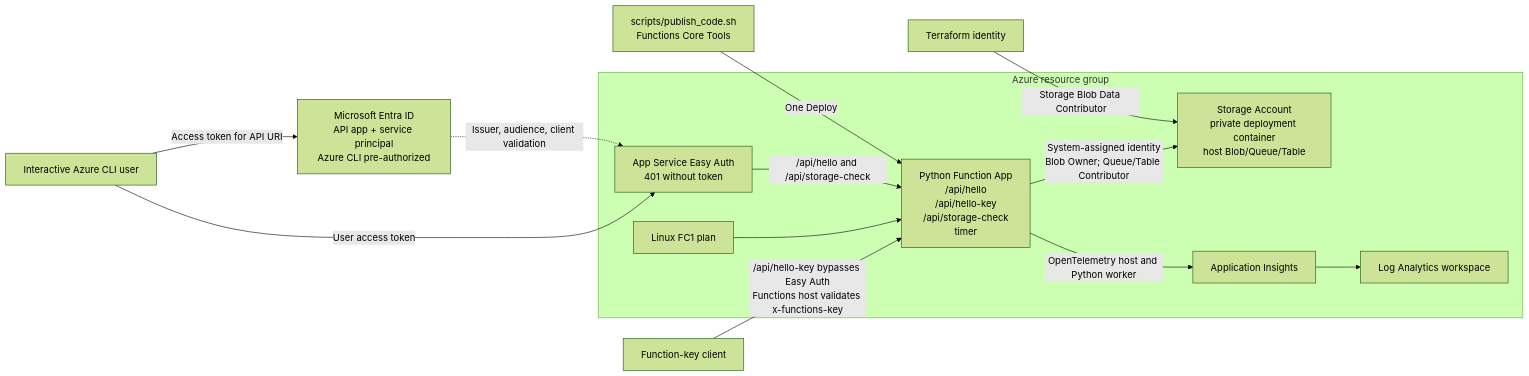
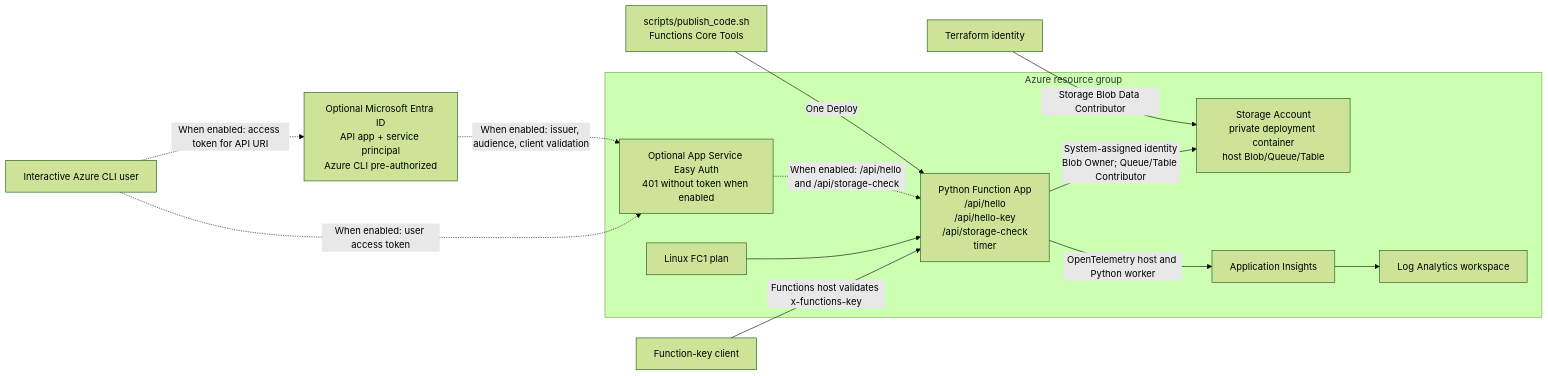
Before and after one commit to ks6088ts/template-terraform: the diagram in infra/scenarios/azure_functions_flex_consumption/README.md, drawn with Mermaid (forest theme). The commit also changed other lines of this file and 11 other files, not shown here.

First line of the commit message:
feat: Add optional Microsoft Entra authentication for Azure Functions Flex Consumption

````diff
--- a/infra/scenarios/azure_functions_flex_consumption/README.md
+++ b/infra/scenarios/azure_functions_flex_consumption/README.md
@@ -11,17 +11,17 @@
 ```mermaid
 flowchart LR
-  User["Interactive Azure CLI user"] -->|Access token for API URI| Entra["Microsoft Entra ID<br/>API app + service principal<br/>Azure CLI pre-authorized"]
-  User -->|User access token| Auth
-  Entra -.->|Issuer, audience, client validation| Auth
-  Key["Function-key client"] -->|/api/hello-key bypasses Easy Auth<br/>Functions host validates x-functions-key| App
+  User["Interactive Azure CLI user"] -.->|When enabled: access token for API URI| Entra["Optional Microsoft Entra ID<br/>API app + service principal<br/>Azure CLI pre-authorized"]
+  User -.->|When enabled: user access token| Auth
+  Entra -.->|When enabled: issuer, audience, client validation| Auth
+  Key["Function-key client"] -->|Functions host validates x-functions-key| App
   subgraph RG["Azure resource group"]
-    Auth["App Service Easy Auth<br/>401 without token"]
+    Auth["Optional App Service Easy Auth<br/>401 without token when enabled"]
     Plan["Linux FC1 plan"] --> App["Python Function App<br/>/api/hello<br/>/api/hello-key<br/>/api/storage-check<br/>timer"]
-    Auth -->|/api/hello and /api/storage-check| App
+    Auth -.->|When enabled: /api/hello and /api/storage-check| App
     App -->|System-assigned identity<br/>Blob Owner; Queue/Table Contributor| Storage["Storage Account<br/>private deployment container<br/>host Blob/Queue/Table"]
     App -->|OpenTelemetry host and Python worker| AI["Application Insights"]
     AI --> LA["Log Analytics workspace"]
   end
   Operator["Terraform identity"] -->|Storage Blob Data Contributor| Storage
   Publisher["scripts/publish_code.sh<br/>Functions Core Tools"] -->|One Deploy| App
 ```
````
